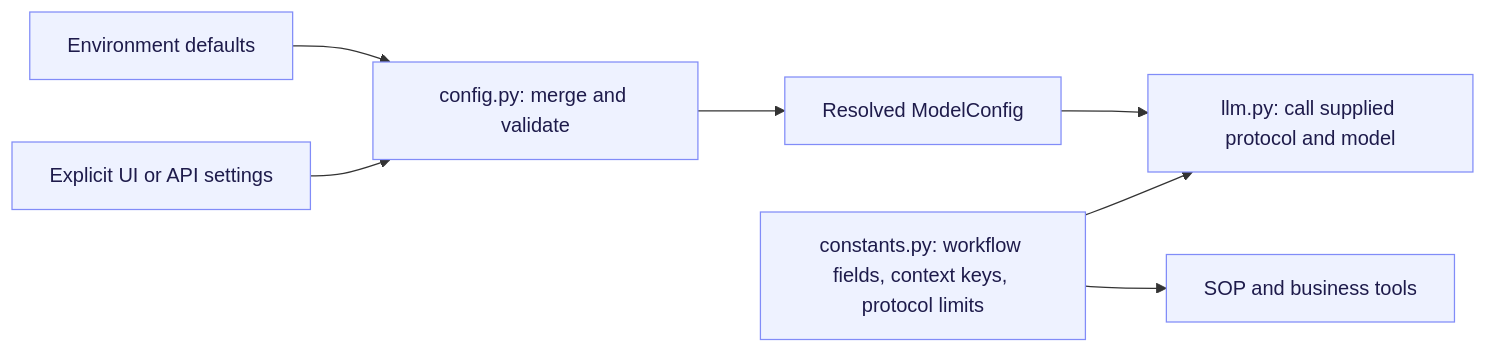
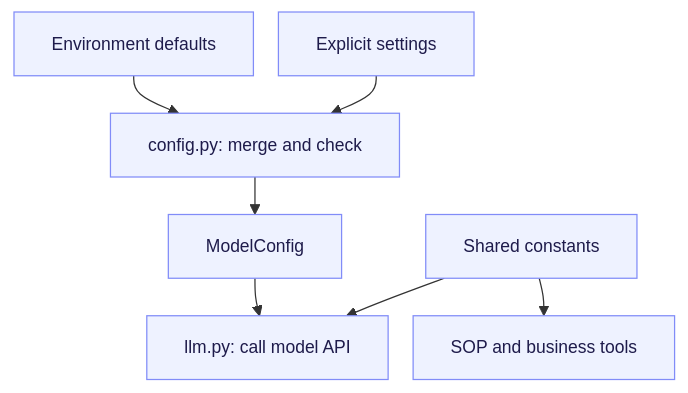
One commit to XinhaoTheo/insurance-claims-sop-agent changed the eighth of 10 diagrams in docs/architecture.md. Above: the diagram before and after it, drawn with Mermaid. The commit also changed other lines of this file and 1 other file, not shown here.

Commit message:
docs: fit diagrams to page width

````diff
--- a/docs/architecture.md
+++ b/docs/architecture.md
@@ -177,11 +175,12 @@
 ```mermaid
-flowchart LR
-    Env["Environment defaults"] --> Resolve["config.py: merge and validate"]
-    UI["Explicit UI or API settings"] --> Resolve
-    Resolve --> Config["Resolved ModelConfig"]
-    Config --> LLM["llm.py: call supplied protocol and model"]
-    Constants["constants.py: workflow fields, context keys, protocol limits"] --> LLM
-    Constants --> Harness["SOP and business tools"]
+%%{init: {"flowchart": {"nodeSpacing": 20, "rankSpacing": 30}, "themeVariables": {"fontSize": "14px"}}}%%
+flowchart TD
+    Env["Environment defaults"] --> Resolve["config.py: merge and check"]
+    UI["Explicit settings"] --> Resolve
+    Resolve --> Config["ModelConfig"]
+    Config --> Client["llm.py: call model API"]
+    Constants["Shared constants"] --> Client
+    Constants --> SOP["SOP and business tools"]
 
     classDef default fill:#eef2ff,stroke:#818cf8,color:#1e1b4b;
 ```
````
